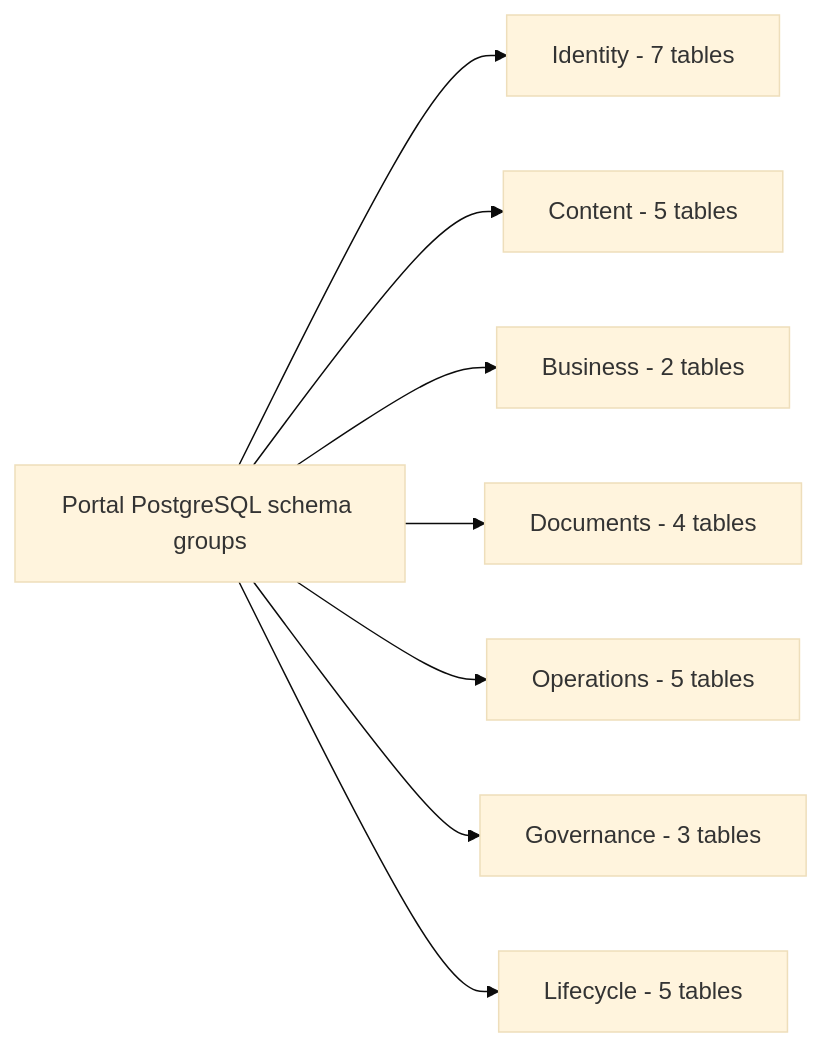
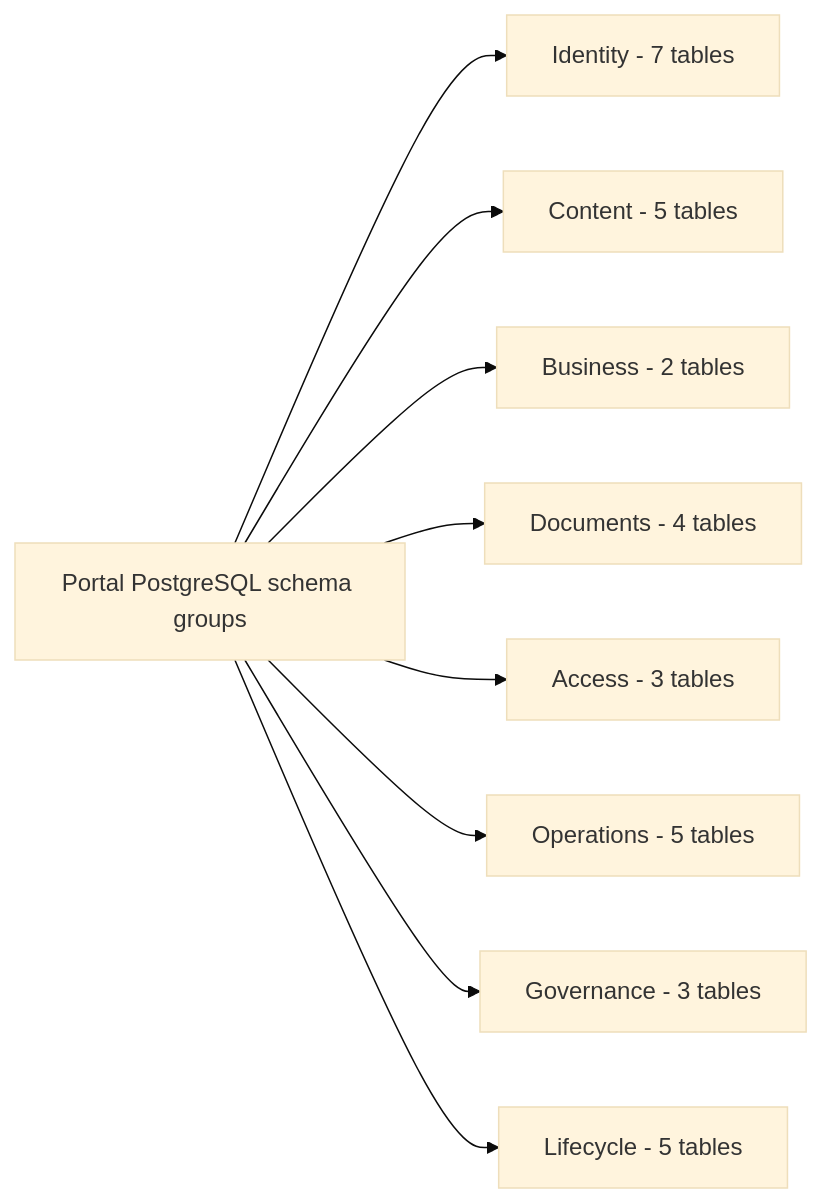
Before and after one commit to DruHustle/onesa-ai-platform: the diagram in docs/diagrams/portal-database.mmd, drawn with Mermaid (base theme). The commit also changed 21 other files, not shown here.

```diff
--- a/docs/diagrams/portal-database.mmd
+++ b/docs/diagrams/portal-database.mmd
@@ -1,10 +1,10 @@
-%% Portal source schema SHA256: 7fe751ef30a47ee8fa6d9f23416eb48dea97e0e90c6c5fdcc97cd0c656fd0d86
 flowchart LR
   Schema["Portal PostgreSQL schema groups"]
   Schema --> identity["Identity - 7 tables"]
   Schema --> content["Content - 5 tables"]
   Schema --> business["Business - 2 tables"]
   Schema --> documents["Documents - 4 tables"]
+  Schema --> access["Access - 3 tables"]
   Schema --> operations["Operations - 5 tables"]
   Schema --> governance["Governance - 3 tables"]
   Schema --> lifecycle["Lifecycle - 5 tables"]
```
